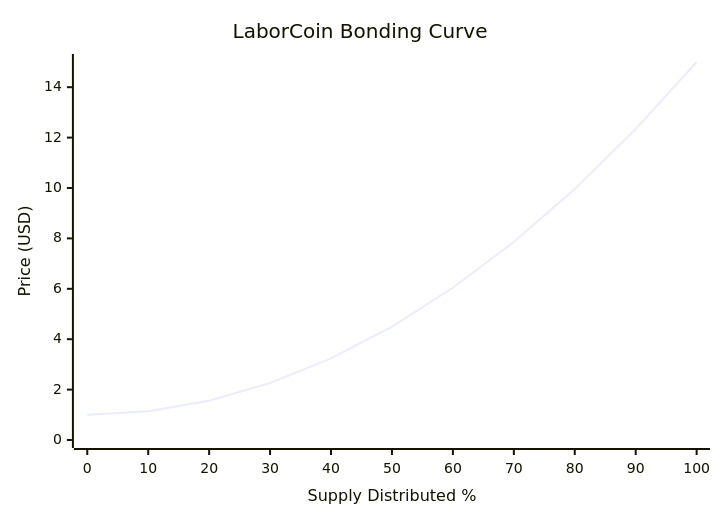
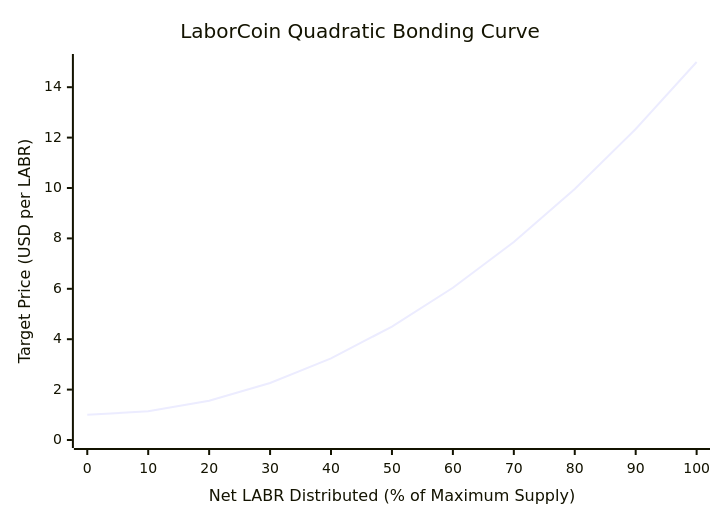
The first of 2 diagrams in docs/bonding-curve.md (LaborCoinCreator/LaborCoin), drawn with Mermaid before and after one commit. The commit also changed other lines of this file, not shown here.

````diff
--- a/docs/bonding-curve.md
+++ b/docs/bonding-curve.md
@@ -5,7 +94,7 @@
 ```mermaid
 xychart-beta
-    title "LaborCoin Bonding Curve"
-    x-axis "Supply Distributed %" [0,10,20,30,40,50,60,70,80,90,100]
-    y-axis "Price (USD)" 0 --> 15
+    title "LaborCoin Quadratic Bonding Curve"
+    x-axis "Net LABR Distributed (% of Maximum Supply)" [0,10,20,30,40,50,60,70,80,90,100]
+    y-axis "Target Price (USD per LABR)" 0 --> 15
     line [1.00,1.14,1.56,2.26,3.24,4.50,6.04,7.86,9.96,12.34,15.00]
 ```
````
